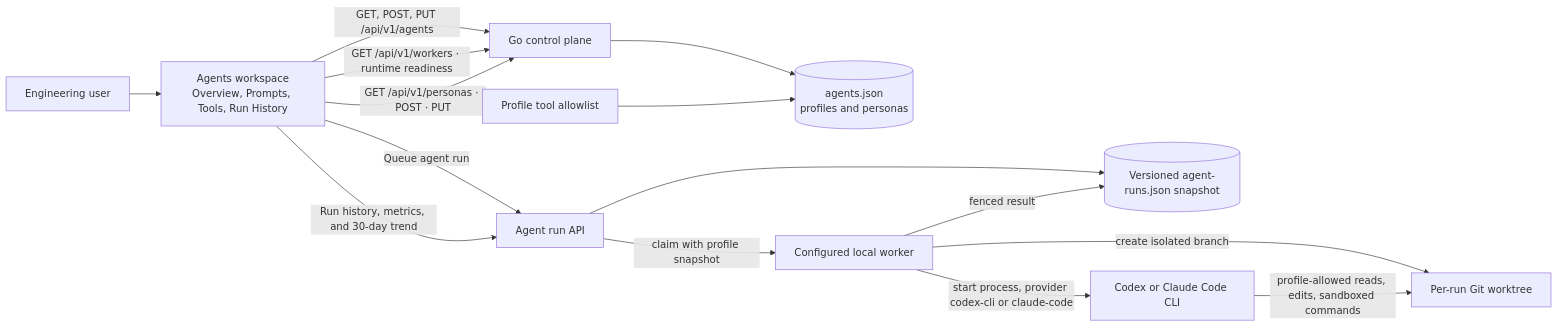
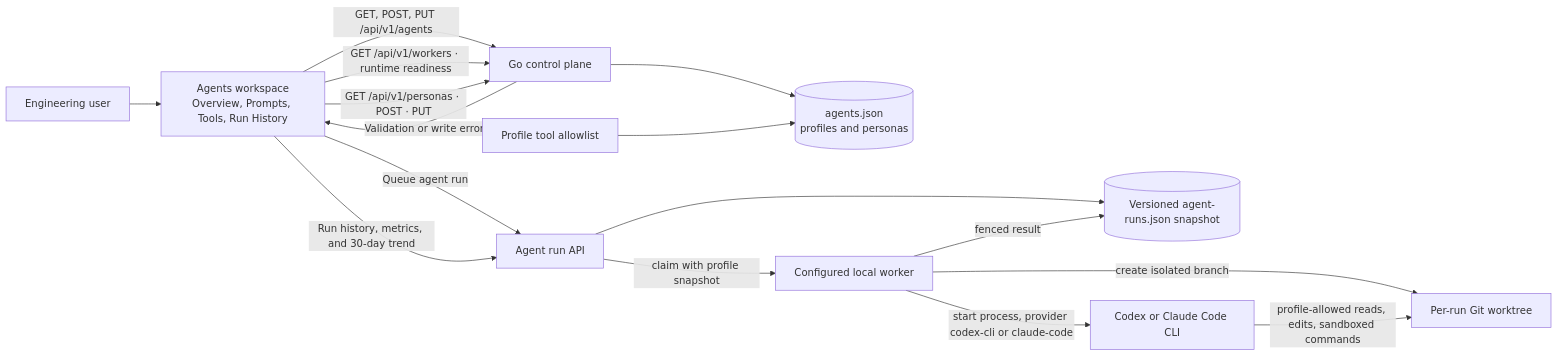
The diagram in docs/features/agent-profiles.md (bogdaniel/zenchron-engineering-os), drawn with Mermaid before and after one commit. The commit also changed other lines of this file and 2 other files, not shown here.

````diff
--- a/docs/features/agent-profiles.md
+++ b/docs/features/agent-profiles.md
@@ -48,17 +49,18 @@
 ```mermaid
 flowchart LR
     User[Engineering user] --> Dashboard[Agents workspace]
     Dashboard[Agents workspace<br/>Overview, Prompts, Tools, Run History] -->|GET, POST, PUT /api/v1/agents| API[Go control plane]
     Dashboard -->|GET /api/v1/workers · runtime readiness| API
     Dashboard -->|Queue agent run| Runs[Agent run API]
     Dashboard -->|GET /api/v1/personas · POST · PUT| API
+    API -->|Validation or write error| Dashboard
     API --> Store[(agents.json<br/>profiles and personas)]
     Runs --> RunStore[(Versioned agent-runs.json snapshot)]
     Dashboard -->|Run history, metrics, and 30-day trend| Runs
     Tools[Profile tool allowlist] --> Store
     Runs -->|claim with profile snapshot| Worker[Configured local worker]
     Worker -->|start process, provider codex-cli or claude-code| Harness[Codex or Claude Code CLI]
     Worker -->|create isolated branch| Worktree[Per-run Git worktree]
     Harness -->|profile-allowed reads, edits, sandboxed commands| Worktree
     Worker -->|fenced result| RunStore
 ```
````
